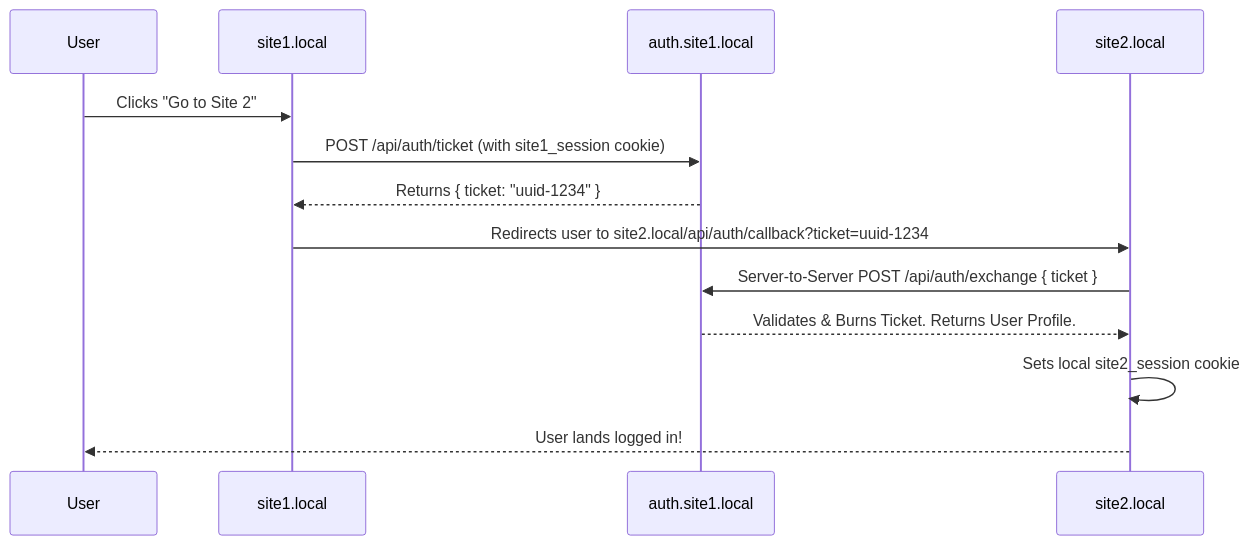
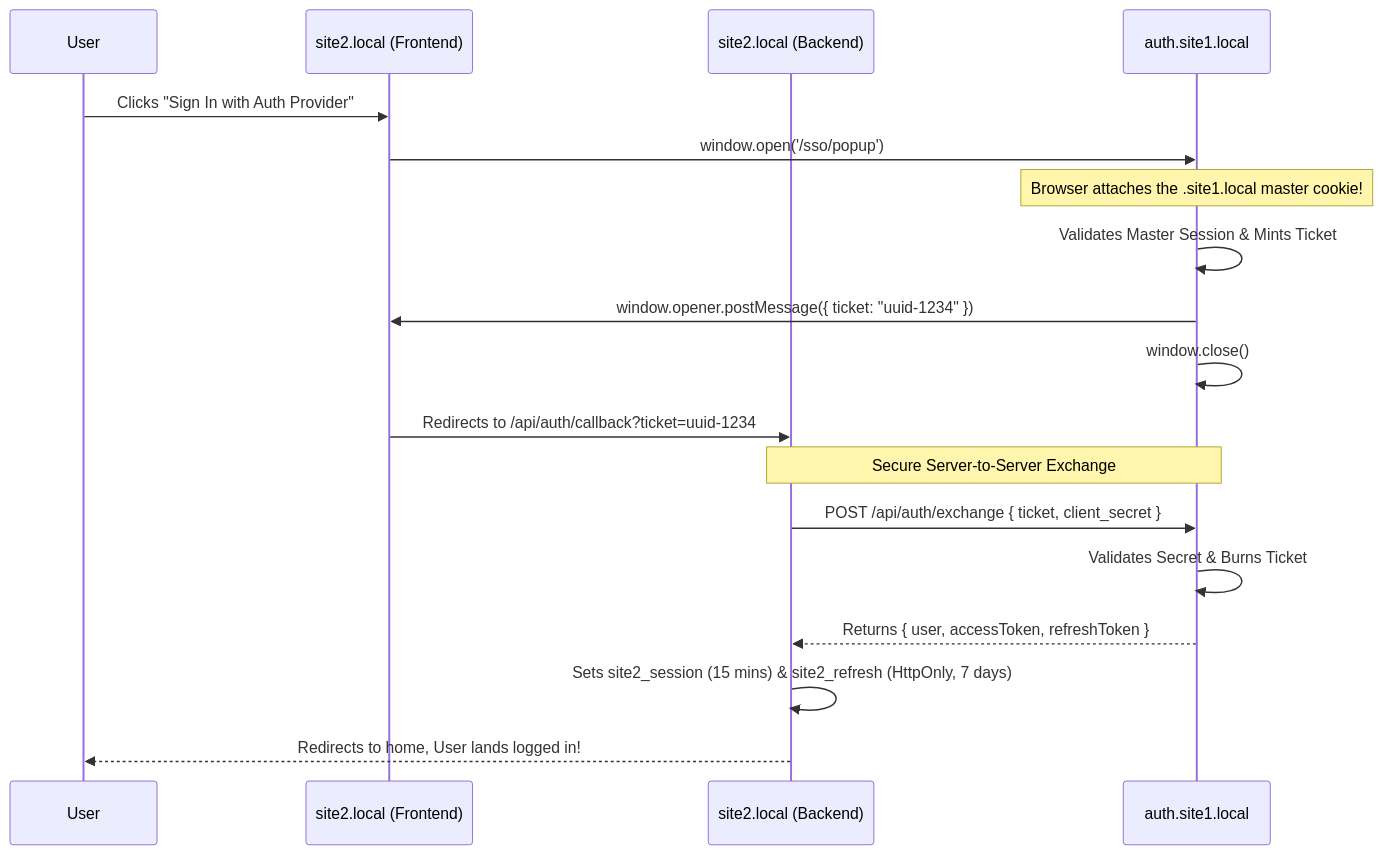
One commit to kabadc/multi-domain-auth changed the second of 3 diagrams in docs/cross-domain.md. Above: the diagram before and after it, drawn with Mermaid. The commit also changed other lines of this file and 5 other files, not shown here.

````diff
--- a/docs/cross-domain.md
+++ b/docs/cross-domain.md
@@ -41,17 +35,25 @@
 ```mermaid
 sequenceDiagram
     participant User
-    participant Site1 as site1.local
+    participant Site2 as site2.local (Frontend)
+    participant Site2API as site2.local (Backend)
     participant Auth as auth.site1.local
-    participant Site2 as site2.local
 
-    User->>Site1: Clicks "Go to Site 2"
-    Site1->>Auth: POST /api/auth/ticket (with site1_session cookie)
-    Auth-->>Site1: Returns { ticket: "uuid-1234" }
-    Site1->>Site2: Redirects user to site2.local/api/auth/callback?ticket=uuid-1234
+    User->>Site2: Clicks "Sign In with Auth Provider"
+    Site2->>Auth: window.open('/sso/popup')
     
-    Site2->>Auth: Server-to-Server POST /api/auth/exchange { ticket }
-    Auth-->>Site2: Validates & Burns Ticket. Returns User Profile.
-    Site2->>Site2: Sets local site2_session cookie
-    Site2-->>User: User lands logged in!
+    Note over Auth: Browser attaches the .site1.local master cookie!
+    Auth->>Auth: Validates Master Session & Mints Ticket
+    Auth->>Site2: window.opener.postMessage({ ticket: "uuid-1234" })
+    Auth->>Auth: window.close()
+    
+    Site2->>Site2API: Redirects to /api/auth/callback?ticket=uuid-1234
+    
+    Note over Site2API,Auth: Secure Server-to-Server Exchange
+    Site2API->>Auth: POST /api/auth/exchange { ticket, client_secret }
+    Auth->>Auth: Validates Secret & Burns Ticket
+    Auth-->>Site2API: Returns { user, accessToken, refreshToken }
+    
+    Site2API->>Site2API: Sets site2_session (15 mins) & site2_refresh (HttpOnly, 7 days)
+    Site2API-->>User: Redirects to home, User lands logged in!
 ```
````
